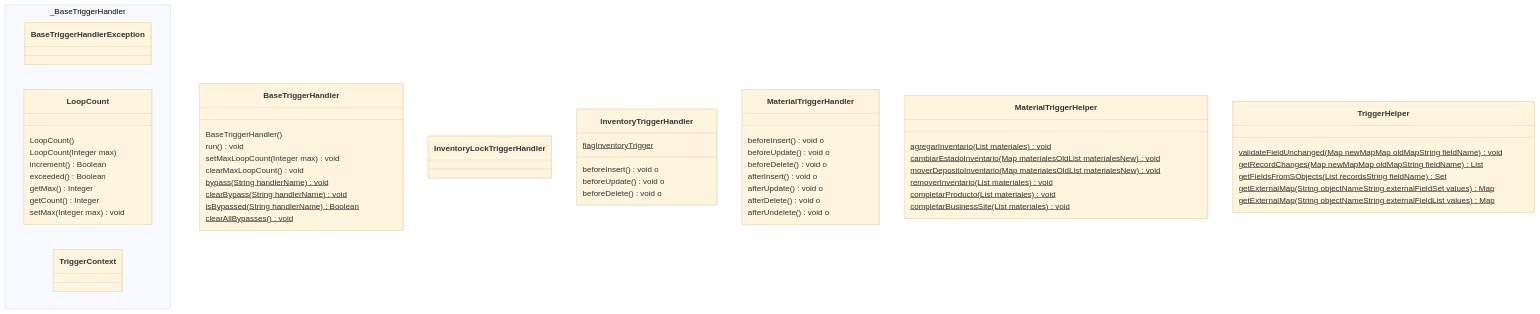
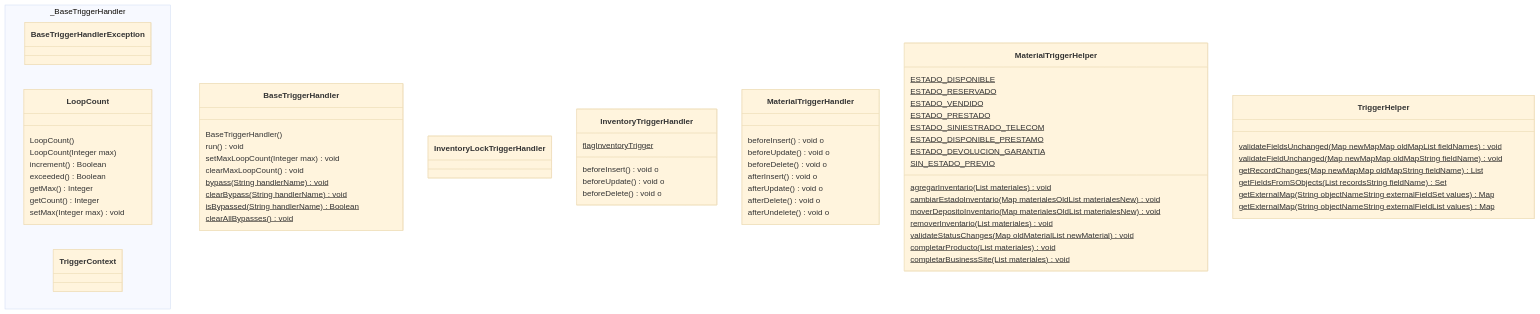
The second of 2 diagrams in docs/intro.md (sebastianclaros/stockventa), drawn with Mermaid (base theme) before and after one commit. The commit also changed other lines of this file and 34 other files, not shown here.

```diff
--- a/docs/intro.md
+++ b/docs/intro.md
@@ -142,10 +142,19 @@
 
 
     class MaterialTriggerHelper {
+         ESTADO_DISPONIBLE $    
+         ESTADO_RESERVADO $    
+         ESTADO_VENDIDO $    
+         ESTADO_PRESTADO $    
+         ESTADO_SINIESTRADO_TELECOM $    
+         ESTADO_DISPONIBLE_PRESTAMO $    
+         ESTADO_DEVOLUCION_GARANTIA $    
+         SIN_ESTADO_PREVIO $    
          agregarInventario(List materiales) void $
          cambiarEstadoInventario(Map materialesOldList materialesNew) void $
          moverDepositoInventario(Map materialesOldList materialesNew) void $
          removerInventario(List materiales) void $
+         validateStatusChanges(Map oldMaterialList newMaterial) void $
          completarProducto(List materiales) void $
          completarBusinessSite(List materiales) void $
 
@@ -162,6 +171,7 @@
 
 
     class TriggerHelper {
+         validateFieldsUnchanged(Map newMapMap oldMapList fieldNames) void $
          validateFieldUnchanged(Map newMapMap oldMapString fieldName) void $
          getRecordChanges(Map newMapMap oldMapString fieldName) List $
          getFieldsFromSObjects(List recordsString fieldName) Set $
```
